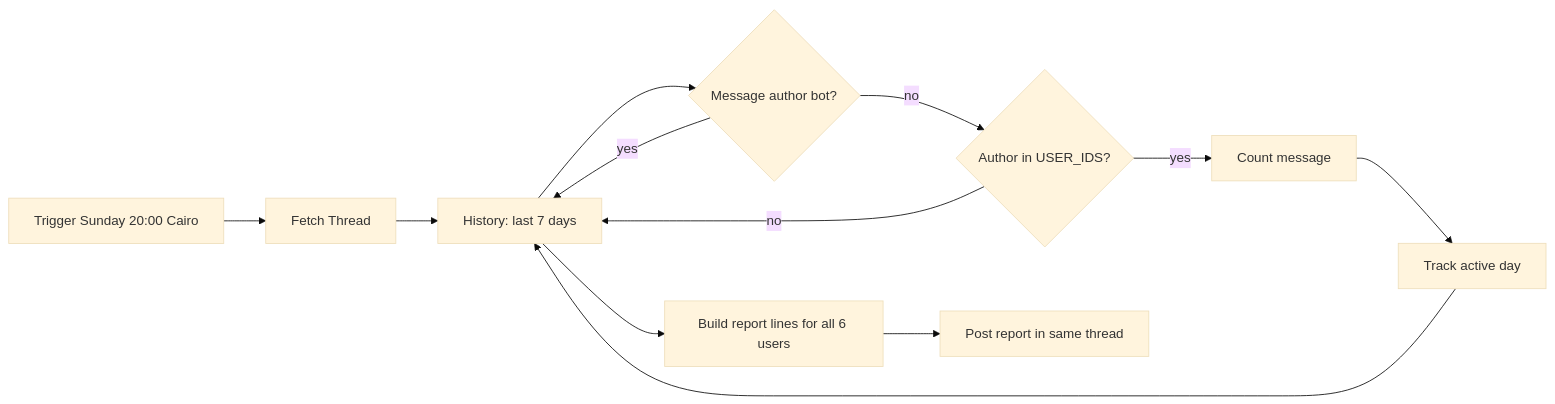
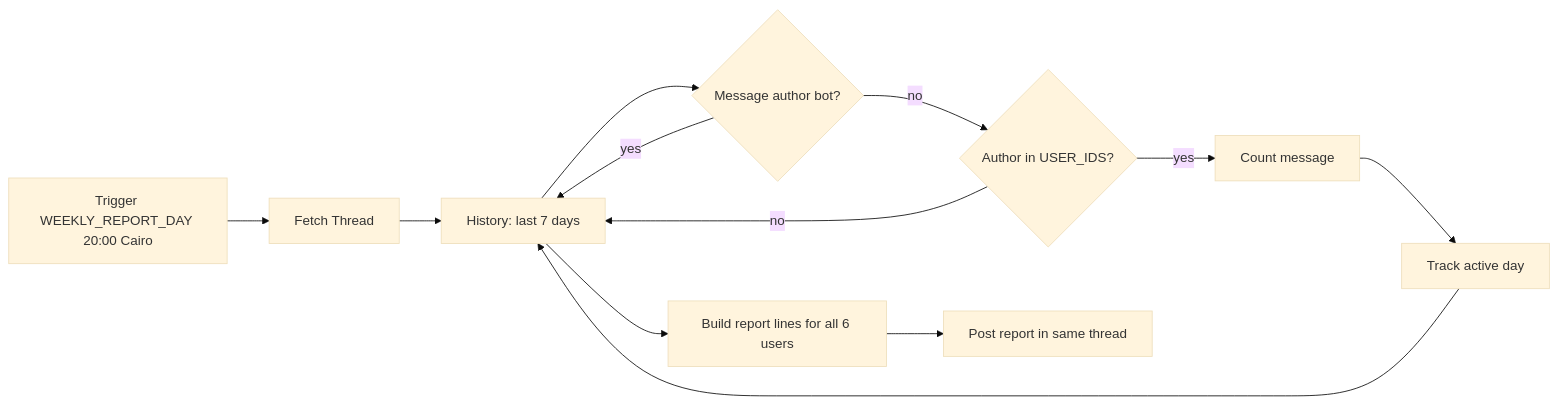
One commit to zeyaad-amr/adt_bot changed the third of 4 diagrams in README.md. Above: the diagram before and after it, drawn with Mermaid (base theme). The commit also changed other lines of this file and 1 other file, not shown here.

Commit message:
Change automatic weekly report day to be thursday.

````diff
--- a/README.md
+++ b/README.md
@@ -79,14 +79,14 @@
 ```mermaid
 flowchart LR
-    A[Trigger Sunday 20:00 Cairo] --> B[Fetch Thread]
+    A[Trigger WEEKLY_REPORT_DAY 20:00 Cairo] --> B[Fetch Thread]
     B --> C[History: last 7 days]
     C --> D{Message author bot?}
     D -- yes --> C
     D -- no --> E{Author in USER_IDS?}
     E -- no --> C
     E -- yes --> F[Count message]
     F --> G[Track active day]
     G --> C
     C --> H[Build report lines for all 6 users]
     H --> I[Post report in same thread]
 ```
````
